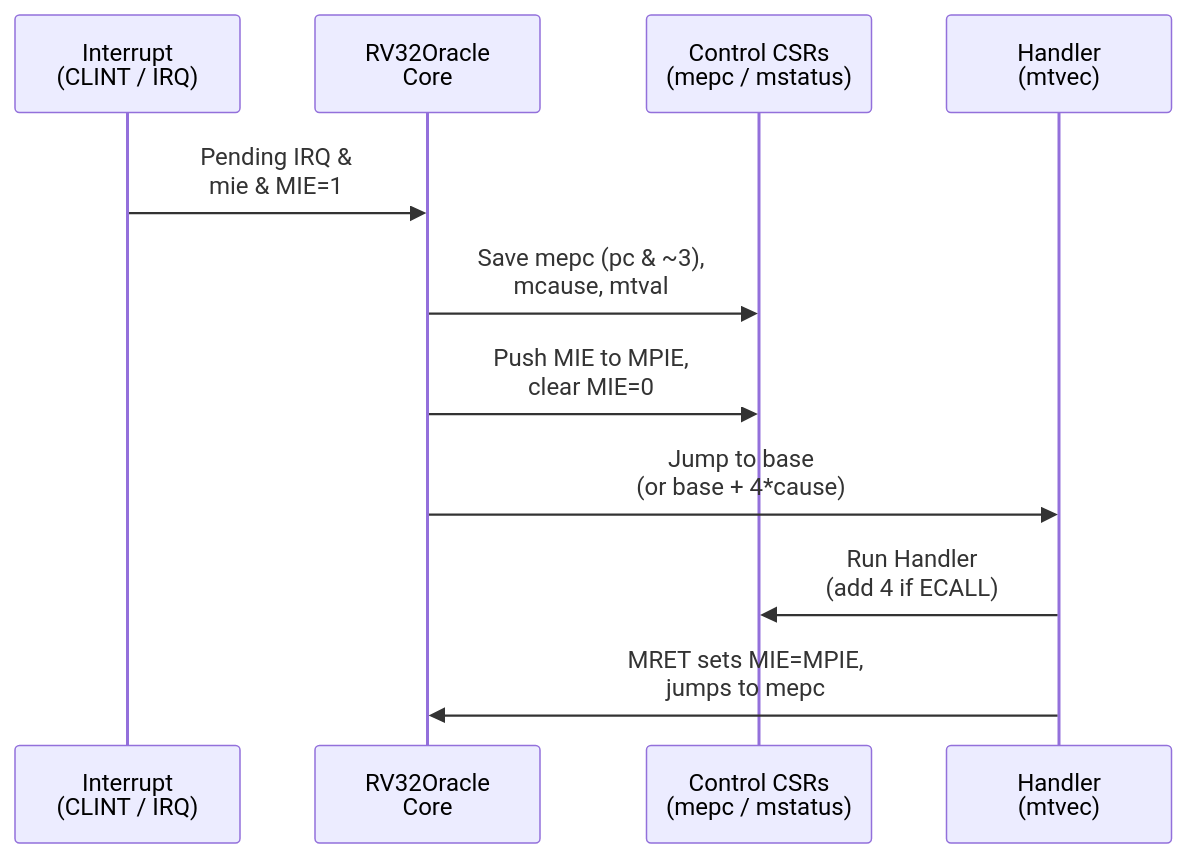
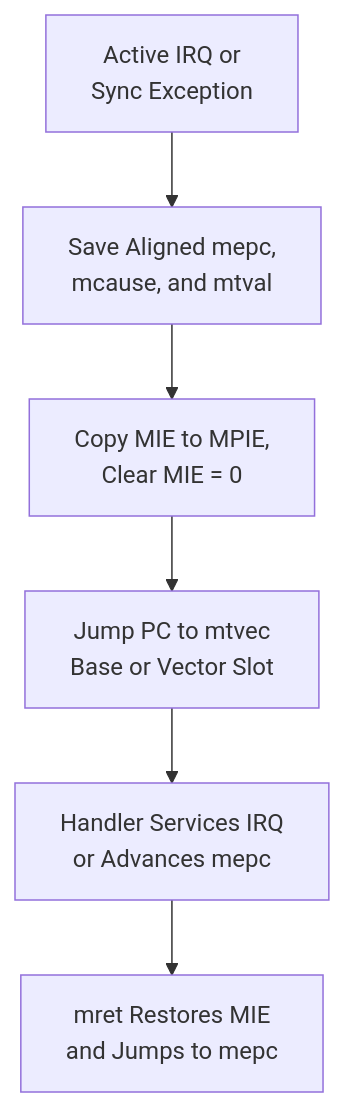
The third of 3 diagrams in systems/brain/chapters/01_isa_and_binary_arithmetic.md (Ethanex8/apex), drawn with Mermaid before and after one commit. The commit also changed other lines of this file and 30 other files, not shown here.

````diff
--- a/systems/brain/chapters/01_isa_and_binary_arithmetic.md
+++ b/systems/brain/chapters/01_isa_and_binary_arithmetic.md
@@ -473,13 +621,10 @@
 ```mermaid
-sequenceDiagram
-    participant T as Interrupt<br/>(CLINT / IRQ)
-    participant C as RV32Oracle<br/>Core
-    participant R as Control CSRs<br/>(mepc / mstatus)
-    participant H as Handler<br/>(mtvec)
-    T->>C: Pending IRQ &<br/>mie & MIE=1
-    C->>R: Save mepc (pc & ~3),<br/>mcause, mtval
-    C->>R: Push MIE to MPIE,<br/>clear MIE=0
-    C->>H: Jump to base<br/>(or base + 4*cause)
-    H->>R: Run Handler<br/>(add 4 if ECALL)
-    H->>C: MRET sets MIE=MPIE,<br/>jumps to mepc
+flowchart TD
+    TRIG["Active IRQ or<br/>Sync Exception"]
+    SAVE["Save Aligned mepc,<br/>mcause, and mtval"]
+    MASK["Copy MIE to MPIE,<br/>Clear MIE = 0"]
+    VEC["Jump PC to mtvec<br/>Base or Vector Slot"]
+    RUN["Handler Services IRQ<br/>or Advances mepc"]
+    RET["mret Restores MIE<br/>and Jumps to mepc"]
+    TRIG --> SAVE --> MASK --> VEC --> RUN --> RET
 ```
````
